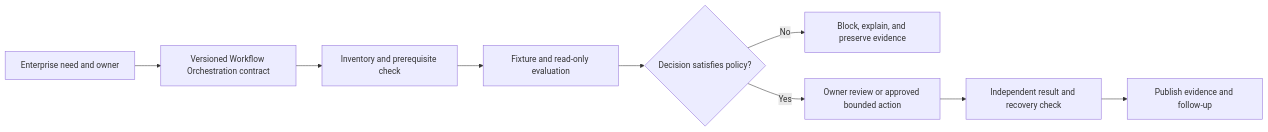
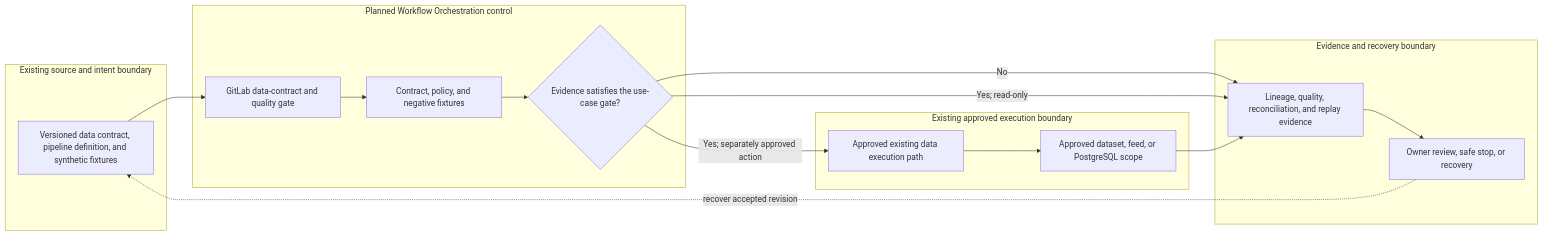
Before and after one commit to MIDHTECH/enterprise-architecture-docs: the diagram in docs/use-cases/data/UC-DATA-006-workflow-orchestration.md, drawn with Mermaid. The commit also changed other lines of this file and 227 other files, not shown here.

Commit message:
Deepen architecture for all use case designs

````diff
--- a/docs/use-cases/data/UC-DATA-006-workflow-orchestration.md
+++ b/docs/use-cases/data/UC-DATA-006-workflow-orchestration.md
@@ -136,11 +129,25 @@
 ```mermaid
 flowchart LR
-    Need["Enterprise need and owner"] --> Contract["Versioned Workflow Orchestration contract"]
-    Contract --> Preflight["Inventory and prerequisite check"]
-    Preflight --> Evaluate["Fixture and read-only evaluation"]
-    Evaluate --> Decision{"Decision satisfies policy?"}
-    Decision -->|No| Stop["Block, explain, and preserve evidence"]
-    Decision -->|Yes| Review["Owner review or approved bounded action"]
-    Review --> Verify["Independent result and recovery check"]
-    Verify --> Publish["Publish evidence and follow-up"]
+    subgraph Source["Existing source and intent boundary"]
+        A["Versioned data contract, pipeline definition, and synthetic fixtures"]
+    end
+    subgraph Planned["Planned Workflow Orchestration control"]
+        B["GitLab data-contract and quality gate"]
+        C["Contract, policy, and negative fixtures"]
+        D{"Evidence satisfies the use-case gate?"}
+    end
+    subgraph Runtime["Existing approved execution boundary"]
+        E["Approved existing data execution path"]
+        F["Approved dataset, feed, or PostgreSQL scope"]
+    end
+    subgraph Assurance["Evidence and recovery boundary"]
+        G["Lineage, quality, reconciliation, and replay evidence"]
+        H["Owner review, safe stop, or recovery"]
+    end
+
+    A --> B --> C --> D
+    D -->|No| G --> H
+    D -->|Yes; read-only| G
+    D -->|Yes; separately approved action| E --> F --> G
+    H -. recover accepted revision .-> A
 ```
````
